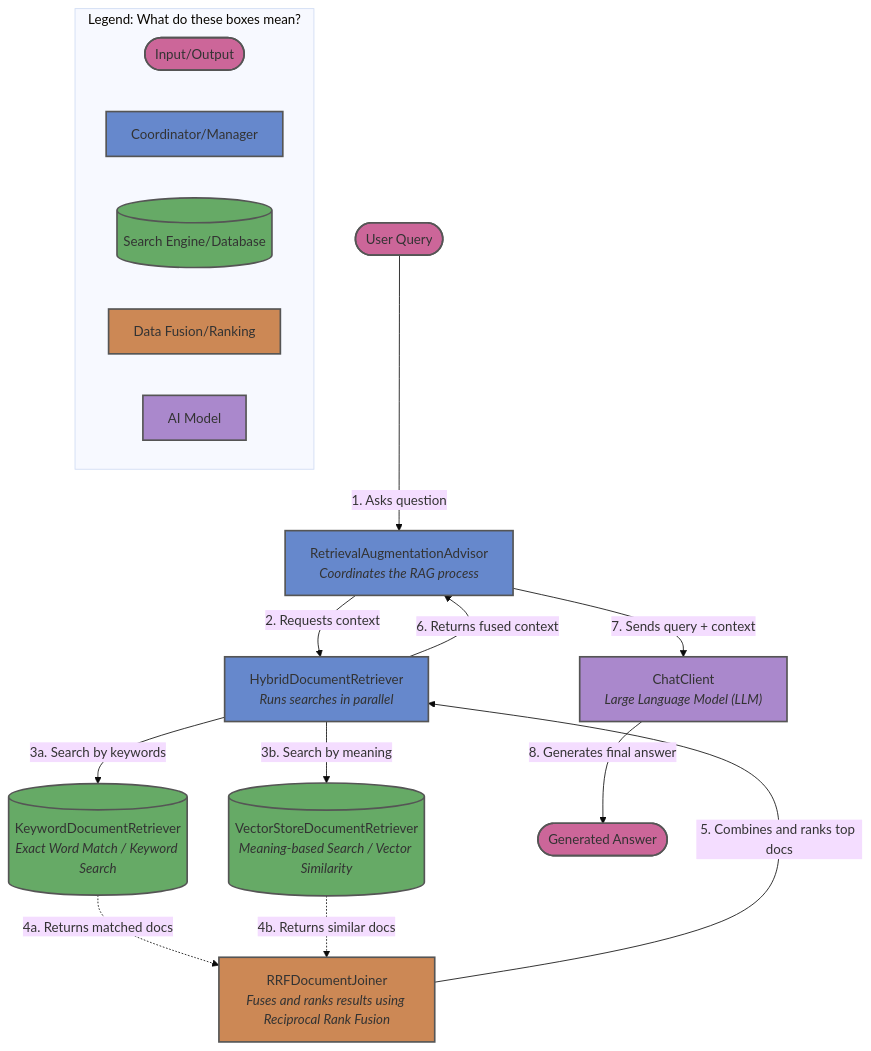
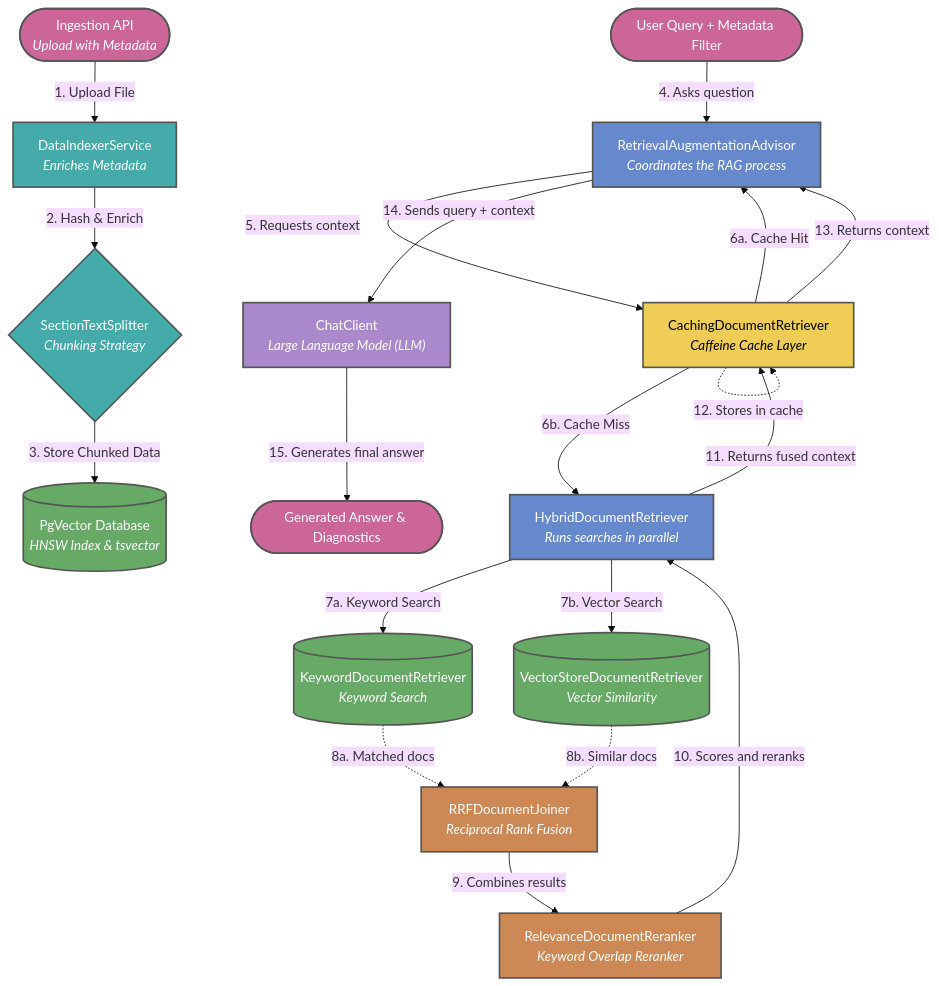
The diagram in rag/rag-springai-ollama-llm/ReadMe.md (rajadilipkolli/ai-playground), drawn with Mermaid (base theme) before and after one commit. The commit also changed other lines of this file and 36 other files, not shown here.

````diff
--- a/rag/rag-springai-ollama-llm/ReadMe.md
+++ b/rag/rag-springai-ollama-llm/ReadMe.md
@@ -7,47 +33,59 @@
 ```mermaid
 flowchart TD
-    %% Define Styles / Legend
-    classDef userReq fill:#cc6699,stroke:#555555,stroke-width:2px;
-    classDef coordinator fill:#6688cc,stroke:#555555,stroke-width:2px;
-    classDef searchEngine fill:#66aa66,stroke:#555555,stroke-width:2px;
-    classDef fusion fill:#cc8855,stroke:#555555,stroke-width:2px;
-    classDef llm fill:#aa88cc,stroke:#555555,stroke-width:2px;
+    %% Define Styles
+    classDef userReq fill:#cc6699,stroke:#555555,stroke-width:2px,color:#fff;
+    classDef coordinator fill:#6688cc,stroke:#555555,stroke-width:2px,color:#fff;
+    classDef searchEngine fill:#66aa66,stroke:#555555,stroke-width:2px,color:#fff;
+    classDef fusion fill:#cc8855,stroke:#555555,stroke-width:2px,color:#fff;
+    classDef llm fill:#aa88cc,stroke:#555555,stroke-width:2px,color:#fff;
+    classDef cache fill:#eecc55,stroke:#555555,stroke-width:2px,color:#000;
+    classDef ingestion fill:#44aaaa,stroke:#555555,stroke-width:2px,color:#fff;
 
-    %% Nodes
-    User(["User Query"]):::userReq
+    %% Nodes for Ingestion
+    IngestApi(["Ingestion API<br/><i>Upload with Metadata</i>"]):::userReq
+    DataIndexer["DataIndexerService<br/><i>Enriches Metadata</i>"]:::ingestion
+    Splitter{"SectionTextSplitter<br/><i>Chunking Strategy</i>"}:::ingestion
+    DB[("PgVector Database<br/><i>HNSW Index & tsvector</i>")]:::searchEngine
+
+    %% Nodes for Retrieval
+    User(["User Query + Metadata Filter"]):::userReq
     Advisor["RetrievalAugmentationAdvisor<br/><i>Coordinates the RAG process</i>"]:::coordinator
+    Cache["CachingDocumentRetriever<br/><i>Caffeine Cache Layer</i>"]:::cache
     HybridRetriever["HybridDocumentRetriever<br/><i>Runs searches in parallel</i>"]:::coordinator
     
-    KeywordSearch[("KeywordDocumentRetriever<br/><i>Exact Word Match / Keyword Search</i>")]:::searchEngine
-    VectorSearch[("VectorStoreDocumentRetriever<br/><i>Meaning-based Search / Vector Similarity</i>")]:::searchEngine
+    KeywordSearch[("KeywordDocumentRetriever<br/><i>Keyword Search</i>")]:::searchEngine
+    VectorSearch[("VectorStoreDocumentRetriever<br/><i>Vector Similarity</i>")]:::searchEngine
     
-    Joiner["RRFDocumentJoiner<br/><i>Fuses and ranks results using Reciprocal Rank Fusion</i>"]:::fusion
+    Joiner["RRFDocumentJoiner<br/><i>Reciprocal Rank Fusion</i>"]:::fusion
+    Reranker["RelevanceDocumentReranker<br/><i>Keyword Overlap Reranker</i>"]:::fusion
     
     Ollama["ChatClient<br/><i>Large Language Model (LLM)</i>"]:::llm
-    Response(["Generated Answer"]):::userReq
+    Response(["Generated Answer & Diagnostics"]):::userReq
 
-    %% Flow
-    User -->|1. Asks question| Advisor
-    Advisor -->|2. Requests context| HybridRetriever
+    %% Ingestion Flow
+    IngestApi -->|1. Upload File| DataIndexer
+    DataIndexer -->|2. Hash & Enrich| Splitter
+    Splitter -->|3. Store Chunked Data| DB
     
-    HybridRetriever -->|3a. Search by keywords| KeywordSearch
-    HybridRetriever -->|3b. Search by meaning| VectorSearch
+    %% Retrieval Flow
+    User -->|4. Asks question| Advisor
+    Advisor -->|5. Requests context| Cache
     
-    KeywordSearch -.->|4a. Returns matched docs| Joiner
-    VectorSearch -.->|4b. Returns similar docs| Joiner
+    Cache -- 6a. Cache Hit --> Advisor
+    Cache -->|6b. Cache Miss| HybridRetriever
     
-    Joiner -->|5. Combines and ranks top docs| HybridRetriever
-    HybridRetriever -->|6. Returns fused context| Advisor
+    HybridRetriever -->|7a. Keyword Search| KeywordSearch
+    HybridRetriever -->|7b. Vector Search| VectorSearch
     
-    Advisor -->|7. Sends query + context| Ollama
-    Ollama -->|8. Generates final answer| Response
-
-    %% Legend
-    subgraph Legend [Legend: What do these boxes mean?]
-        L1(["Input/Output"]):::userReq
-        L2["Coordinator/Manager"]:::coordinator
-        L3[("Search Engine/Database")]:::searchEngine
-        L4["Data Fusion/Ranking"]:::fusion
-        L5["AI Model"]:::llm
-    end
+    KeywordSearch -.->|8a. Matched docs| Joiner
+    VectorSearch -.->|8b. Similar docs| Joiner
+    
+    Joiner -->|9. Combines results| Reranker
+    Reranker -->|10. Scores and reranks| HybridRetriever
+    HybridRetriever -->|11. Returns fused context| Cache
+    Cache -.->|12. Stores in cache| Cache
+    Cache -->|13. Returns context| Advisor
+    
+    Advisor -->|14. Sends query + context| Ollama
+    Ollama -->|15. Generates final answer| Response
 ```
````
